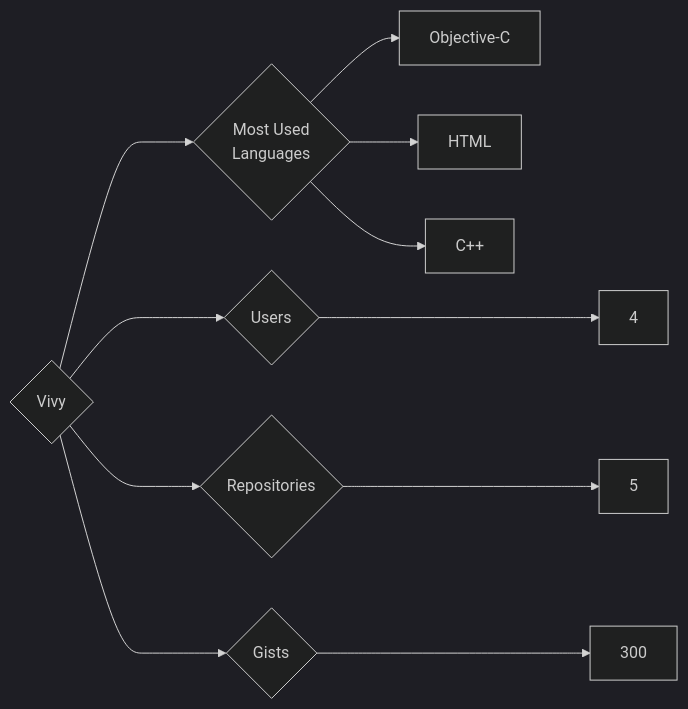
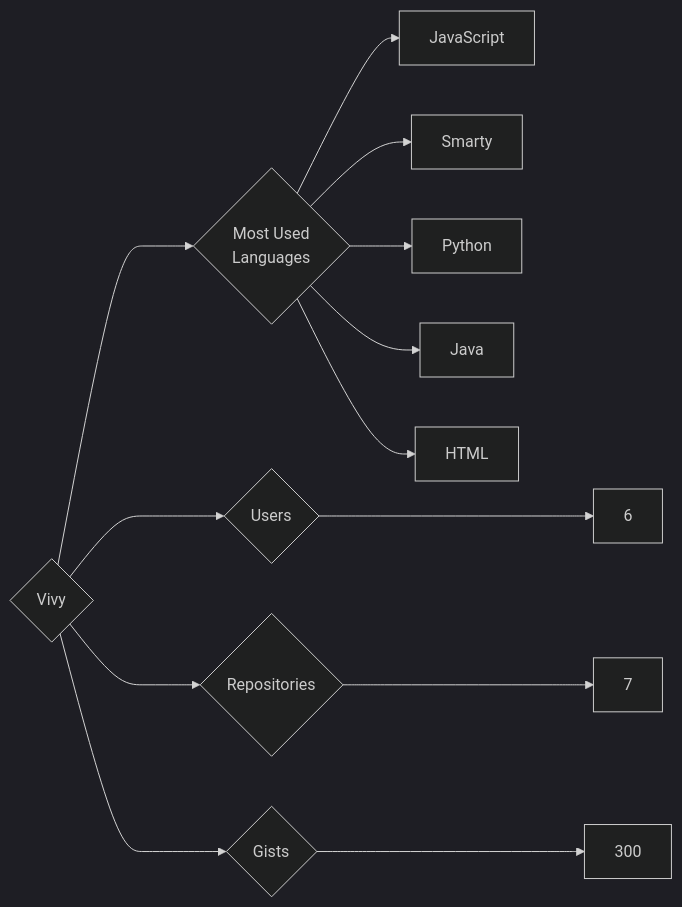
One commit to trickest/insiders changed the diagram in targets/Vivy/README.md. Above: the diagram before and after it, drawn with Mermaid (dark theme). The commit also changed 895 other files, not shown here.

````diff
--- a/targets/Vivy/README.md
+++ b/targets/Vivy/README.md
@@ -3,11 +3,13 @@
 ```mermaid
 graph LR
 COMPANY_NAME{Vivy}
-COMPANY_NAME ---> U{Users} ---> UN[4]
-COMPANY_NAME ---> R{Repositories} ---> RN[5]
+COMPANY_NAME ---> U{Users} ---> UN[6]
+COMPANY_NAME ---> R{Repositories} ---> RN[7]
 COMPANY_NAME ---> G{Gists} ---> GN[300]
 COMPANY_NAME ---> ML{Most Used<br>Languages}
-ML --> Objective-C[Objective-C]
+ML --> JavaScript[JavaScript]
+ML --> Smarty[Smarty]
+ML --> Python[Python]
+ML --> Java[Java]
 ML --> HTML[HTML]
-ML --> C++[C++]
 ```
````
